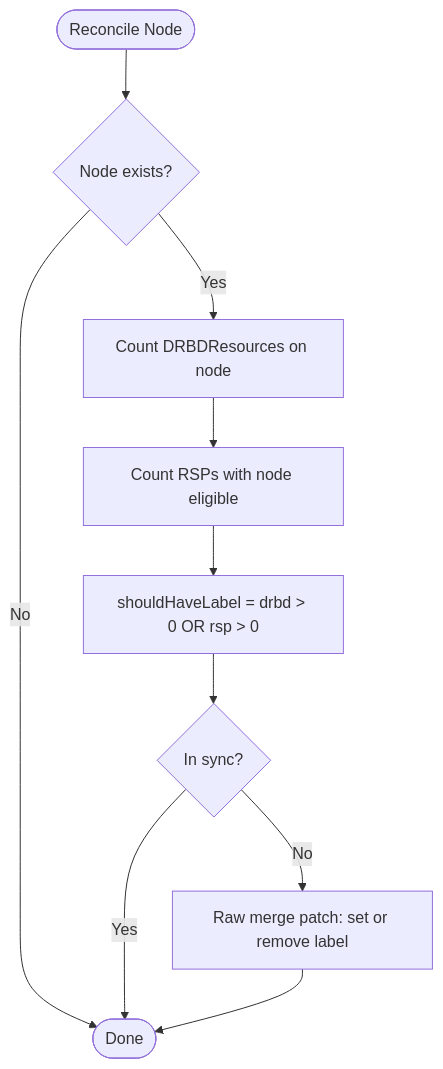
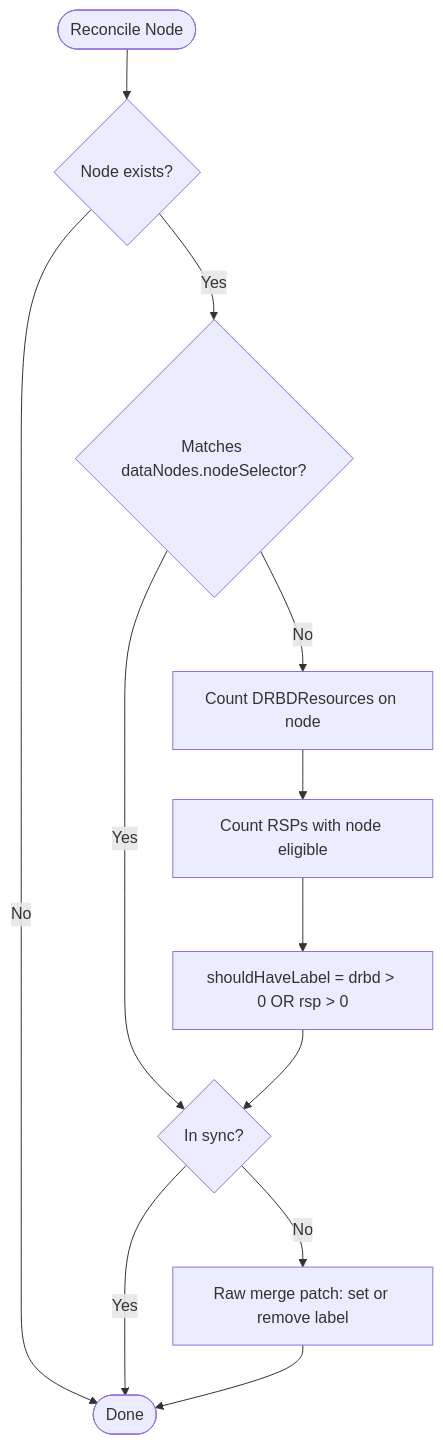
One commit to deckhouse/sds-replicated-volume changed the first of 2 diagrams in images/controller/internal/controllers/node_controller/README.md. Above: the diagram before and after it, drawn with Mermaid. The commit also changed other lines of this file and 5 other files, not shown here.

First line of the commit message:
Merge branch 'fix/node-controller-data-node-selector' into 'main'

````diff
--- a/images/controller/internal/controllers/node_controller/README.md
+++ b/images/controller/internal/controllers/node_controller/README.md
@@ -51,12 +65,14 @@
 ```mermaid
 flowchart TD
     Start([Reconcile Node]) --> CheckExists{Node exists?}
     CheckExists -->|No| Done([Done])
-    CheckExists -->|Yes| GetDRBD[Count DRBDResources on node]
+    CheckExists -->|Yes| CheckSelector{Matches dataNodes.nodeSelector?}
+    CheckSelector -->|Yes| CheckSync
+    CheckSelector -->|No| GetDRBD[Count DRBDResources on node]
     GetDRBD --> GetRSP[Count RSPs with node eligible]
     GetRSP --> ComputeTarget[shouldHaveLabel = drbd > 0 OR rsp > 0]
     ComputeTarget --> CheckSync{In sync?}
     CheckSync -->|Yes| Done
     CheckSync -->|No| Patch[Raw merge patch: set or remove label]
     Patch --> Done
 ```
````
